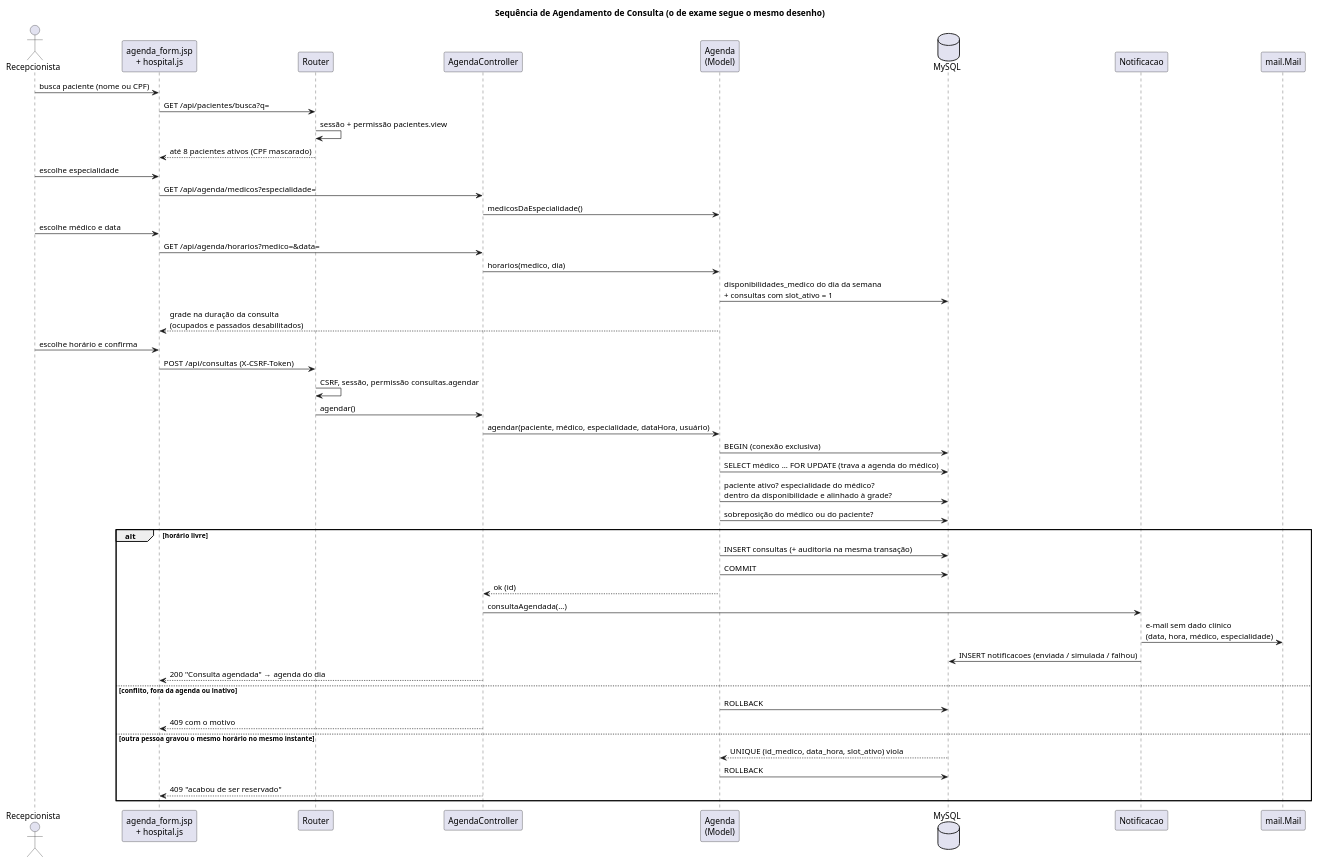
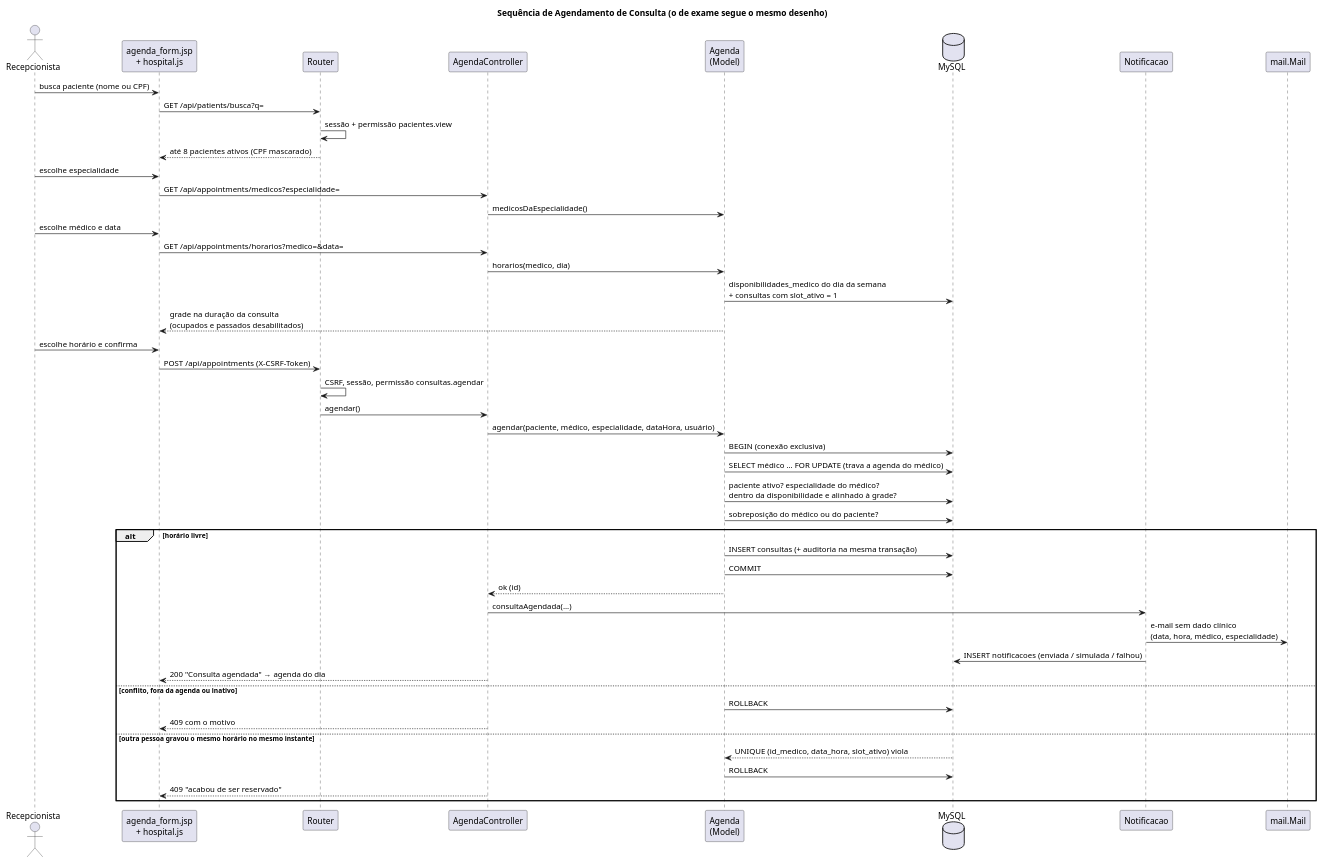
Before and after one commit to roobertoAlves/hospital-case-backend: the diagram in diagrams/Seq_Agendamento.puml, drawn with PlantUML. The commit also changed 89 other files, not shown here.

```diff
--- a/diagrams/Seq_Agendamento.puml
+++ b/diagrams/Seq_Agendamento.puml
@@ -1,52 +1,52 @@
 @startuml Seq_Agendamento
 title Sequência de Agendamento de Consulta (o de exame segue o mesmo desenho)
 
 actor "Recepcionista" as User
 participant "agenda_form.jsp\n+ hospital.js" as View
 participant "Router" as Router
 participant "AgendaController" as Ctrl
 participant "Agenda\n(Model)" as Model
 database "MySQL" as DB
 participant "Notificacao" as Notif
 participant "mail.Mail" as Mail
 
 User -> View : busca paciente (nome ou CPF)
-View -> Router : GET /api/pacientes/busca?q=
+View -> Router : GET /api/patients/busca?q=
 Router -> Router : sessão + permissão pacientes.view
 Router --> View : até 8 pacientes ativos (CPF mascarado)
 
 User -> View : escolhe especialidade
-View -> Ctrl : GET /api/agenda/medicos?especialidade=
+View -> Ctrl : GET /api/appointments/medicos?especialidade=
 Ctrl -> Model : medicosDaEspecialidade()
 User -> View : escolhe médico e data
-View -> Ctrl : GET /api/agenda/horarios?medico=&data=
+View -> Ctrl : GET /api/appointments/horarios?medico=&data=
 Ctrl -> Model : horarios(medico, dia)
 Model -> DB : disponibilidades_medico do dia da semana\n+ consultas com slot_ativo = 1
 Model --> View : grade na duração da consulta\n(ocupados e passados desabilitados)
 
 User -> View : escolhe horário e confirma
-View -> Router : POST /api/consultas (X-CSRF-Token)
+View -> Router : POST /api/appointments (X-CSRF-Token)
 Router -> Router : CSRF, sessão, permissão consultas.agendar
 Router -> Ctrl : agendar()
 Ctrl -> Model : agendar(paciente, médico, especialidade, dataHora, usuário)
 Model -> DB : BEGIN (conexão exclusiva)
 Model -> DB : SELECT médico ... FOR UPDATE (trava a agenda do médico)
 Model -> DB : paciente ativo? especialidade do médico?\ndentro da disponibilidade e alinhado à grade?
 Model -> DB : sobreposição do médico ou do paciente?
 alt horário livre
     Model -> DB : INSERT consultas (+ auditoria na mesma transação)
     Model -> DB : COMMIT
     Model --> Ctrl : ok (id)
     Ctrl -> Notif : consultaAgendada(...)
     Notif -> Mail : e-mail sem dado clínico\n(data, hora, médico, especialidade)
     Notif -> DB : INSERT notificacoes (enviada / simulada / falhou)
     Ctrl --> View : 200 "Consulta agendada" → agenda do dia
 else conflito, fora da agenda ou inativo
     Model -> DB : ROLLBACK
     Ctrl --> View : 409 com o motivo
 else outra pessoa gravou o mesmo horário no mesmo instante
     DB --> Model : UNIQUE (id_medico, data_hora, slot_ativo) viola
     Model -> DB : ROLLBACK
     Ctrl --> View : 409 "acabou de ser reservado"
 end
 @enduml
```
